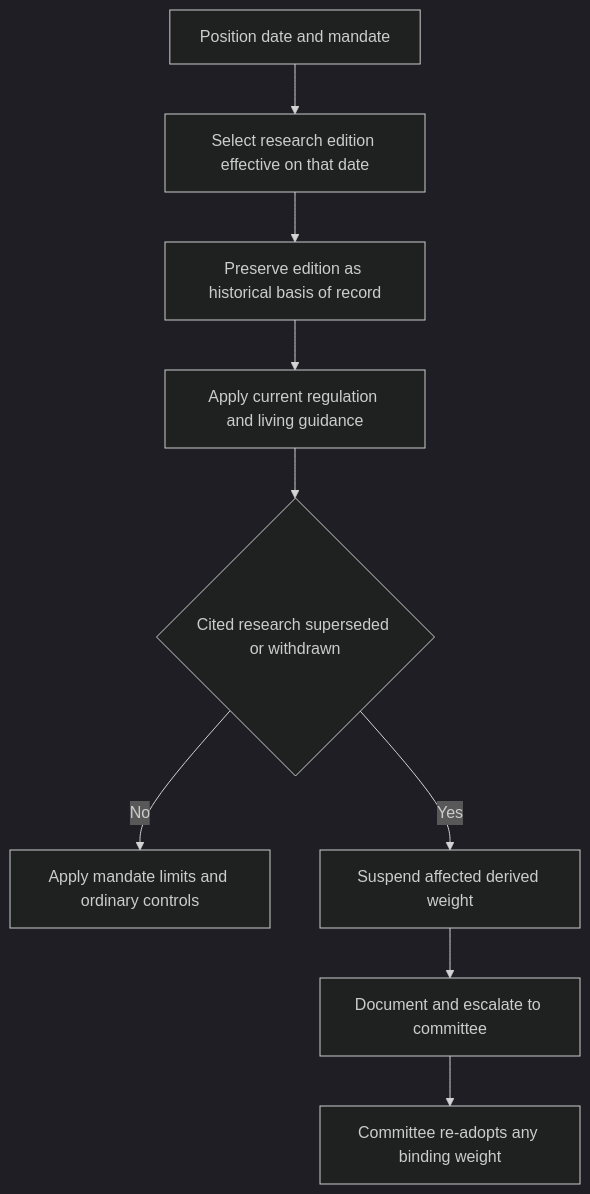
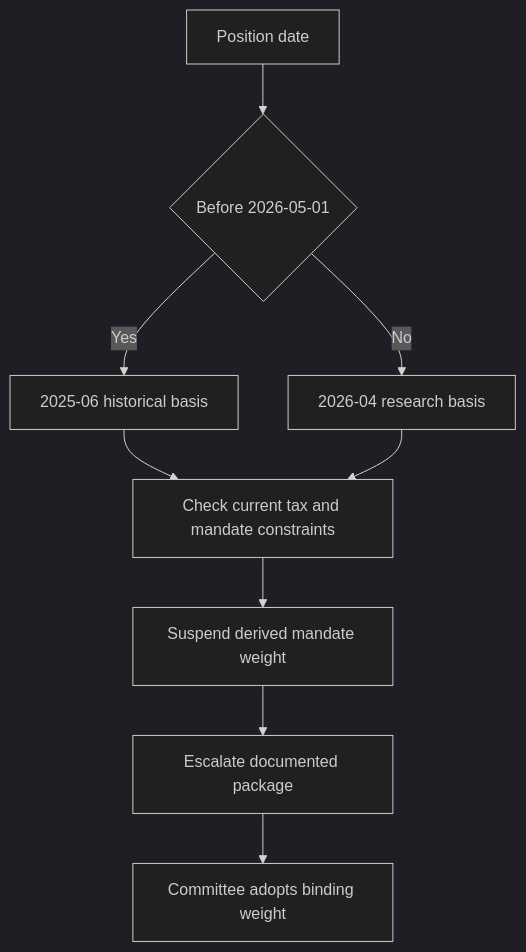
One commit to xuro-langchain/wealth-research-corpus changed the diagram in openwiki/workflows/position-basis-of-record.md. Above: the diagram before and after it, drawn with Mermaid (dark theme). The commit also changed other lines of this file and 17 other files, not shown here.

````diff
--- a/openwiki/workflows/position-basis-of-record.md
+++ b/openwiki/workflows/position-basis-of-record.md
@@ -45,11 +37,11 @@
 ```mermaid
 flowchart TD
-    Position["Position date and mandate"] --> Edition["Select research edition effective on that date"]
-    Edition --> Record["Preserve edition as historical basis of record"]
-    Record --> Overlay["Apply current regulation and living guidance"]
-    Overlay --> Status{"Cited research superseded or withdrawn"}
-    Status -- "No" --> Controls["Apply mandate limits and ordinary controls"]
-    Status -- "Yes" --> Suspend["Suspend affected derived weight"]
-    Suspend --> Escalate["Document and escalate to committee"]
-    Escalate --> ReAdopt["Committee re-adopts any binding weight"]
+    Date["Position date"] --> Historic{"Before 2026-05-01"}
+    Historic -- "Yes" --> Old["2025-06 historical basis"]
+    Historic -- "No" --> New["2026-04 research basis"]
+    Old --> Overlay["Check current tax and mandate constraints"]
+    New --> Overlay
+    Overlay --> Suspend["Suspend derived mandate weight"]
+    Suspend --> Package["Escalate documented package"]
+    Package --> Committee["Committee adopts binding weight"]
 ```
````
